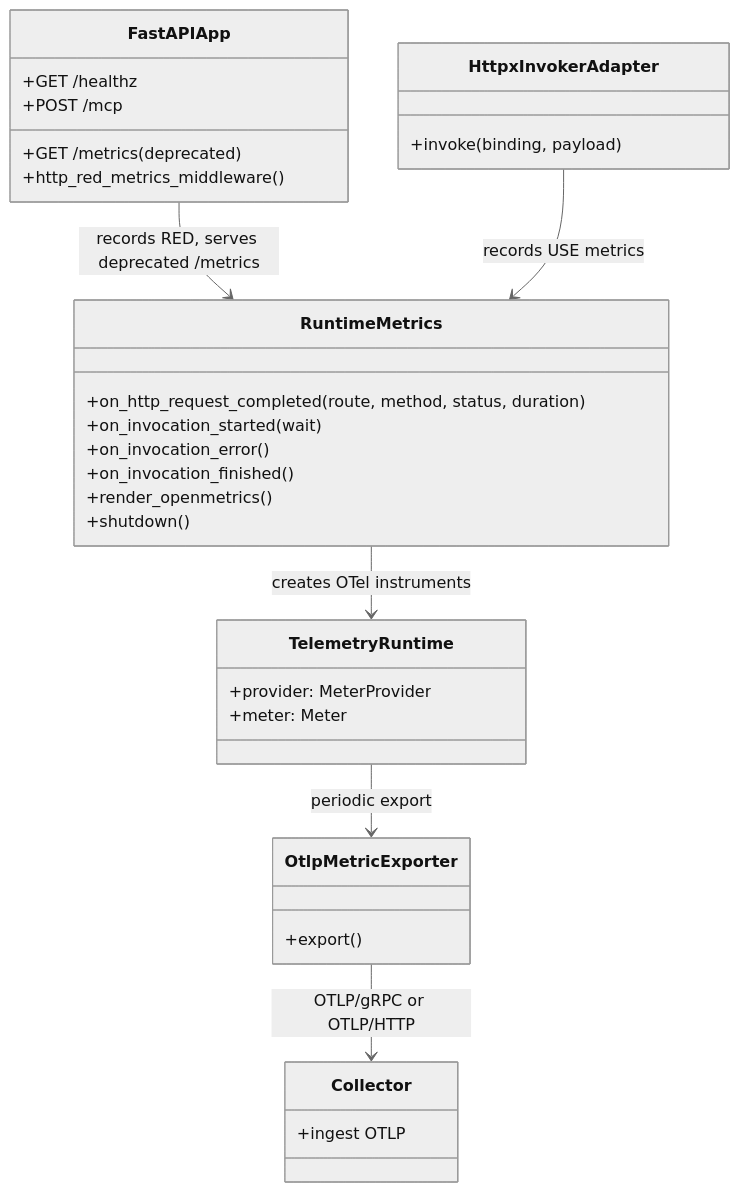
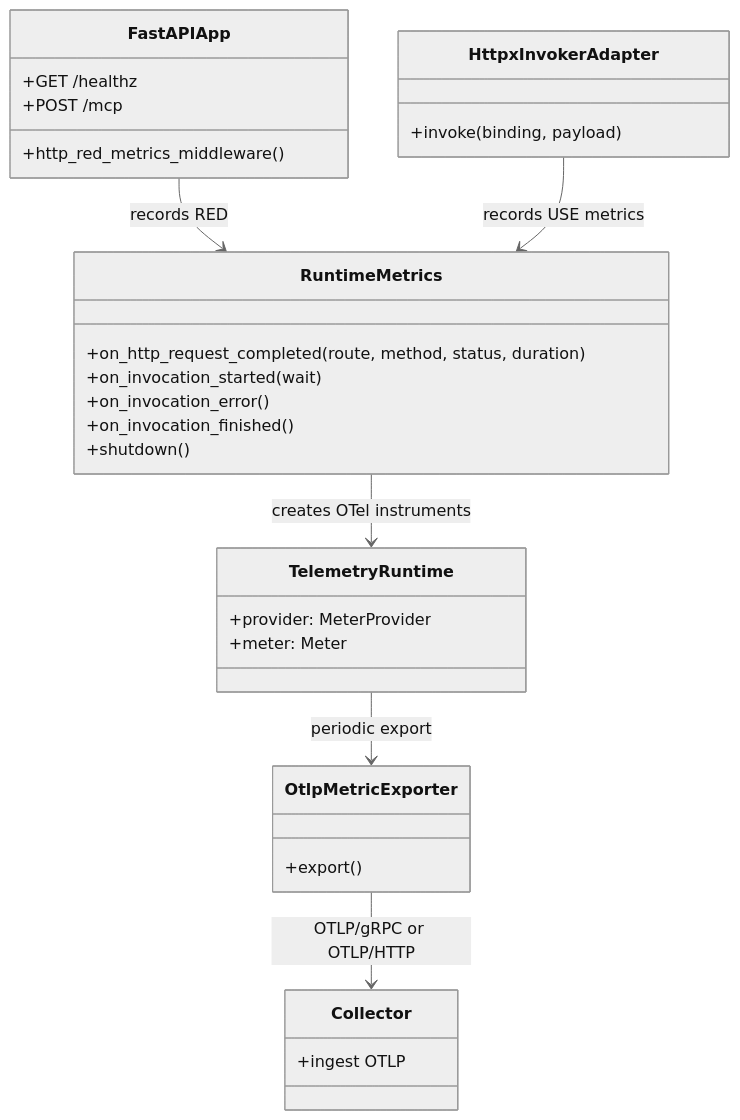
One commit to Albe83/openapi-to-mcp changed the diagram in docs/diagrams/0009-class-telemetry-otlp-red-use.md. Above: the diagram before and after it, drawn with Mermaid (neutral theme). The commit also changed other lines of this file and 13 other files, not shown here.

Commit message:
feat(api): remove deprecated metrics endpoint

````diff
--- a/docs/diagrams/0009-class-telemetry-otlp-red-use.md
+++ b/docs/diagrams/0009-class-telemetry-otlp-red-use.md
@@ -7,41 +7,39 @@
 ```mermaid
 classDiagram
   class FastAPIApp {
     +GET /healthz
-    +GET /metrics (deprecated)
     +POST /mcp
     +http_red_metrics_middleware()
   }
 
   class RuntimeMetrics {
     +on_http_request_completed(route, method, status, duration)
     +on_invocation_started(wait)
     +on_invocation_error()
     +on_invocation_finished()
-    +render_openmetrics()
     +shutdown()
   }
 
   class TelemetryRuntime {
     +provider: MeterProvider
     +meter: Meter
   }
 
   class OtlpMetricExporter {
     +export()
   }
 
   class Collector {
     +ingest OTLP
   }
 
   class HttpxInvokerAdapter {
     +invoke(binding, payload)
   }
 
-  FastAPIApp --> RuntimeMetrics : records RED, serves deprecated /metrics
+  FastAPIApp --> RuntimeMetrics : records RED
   HttpxInvokerAdapter --> RuntimeMetrics : records USE metrics
   RuntimeMetrics --> TelemetryRuntime : creates OTel instruments
   TelemetryRuntime --> OtlpMetricExporter : periodic export
   OtlpMetricExporter --> Collector : OTLP/gRPC or OTLP/HTTP
 ```
````
